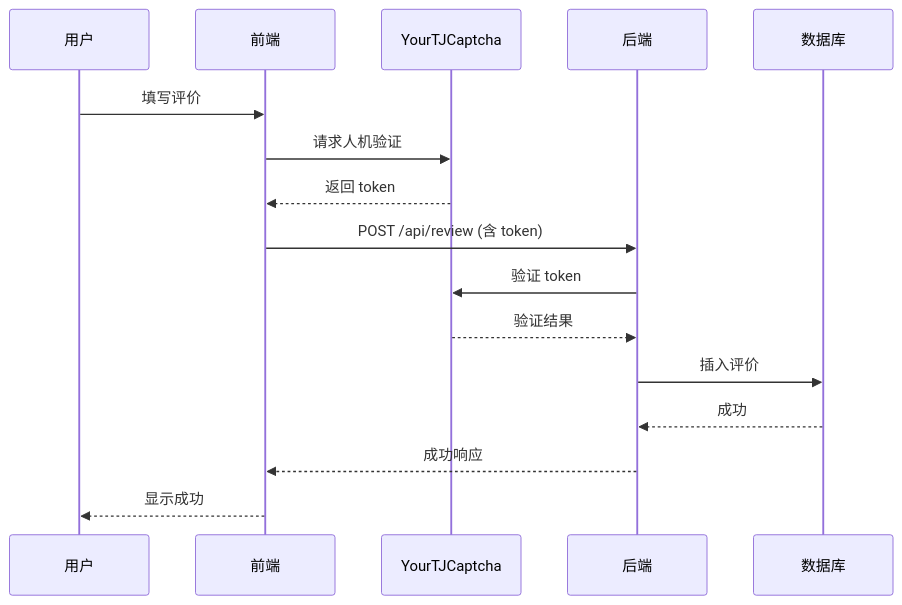
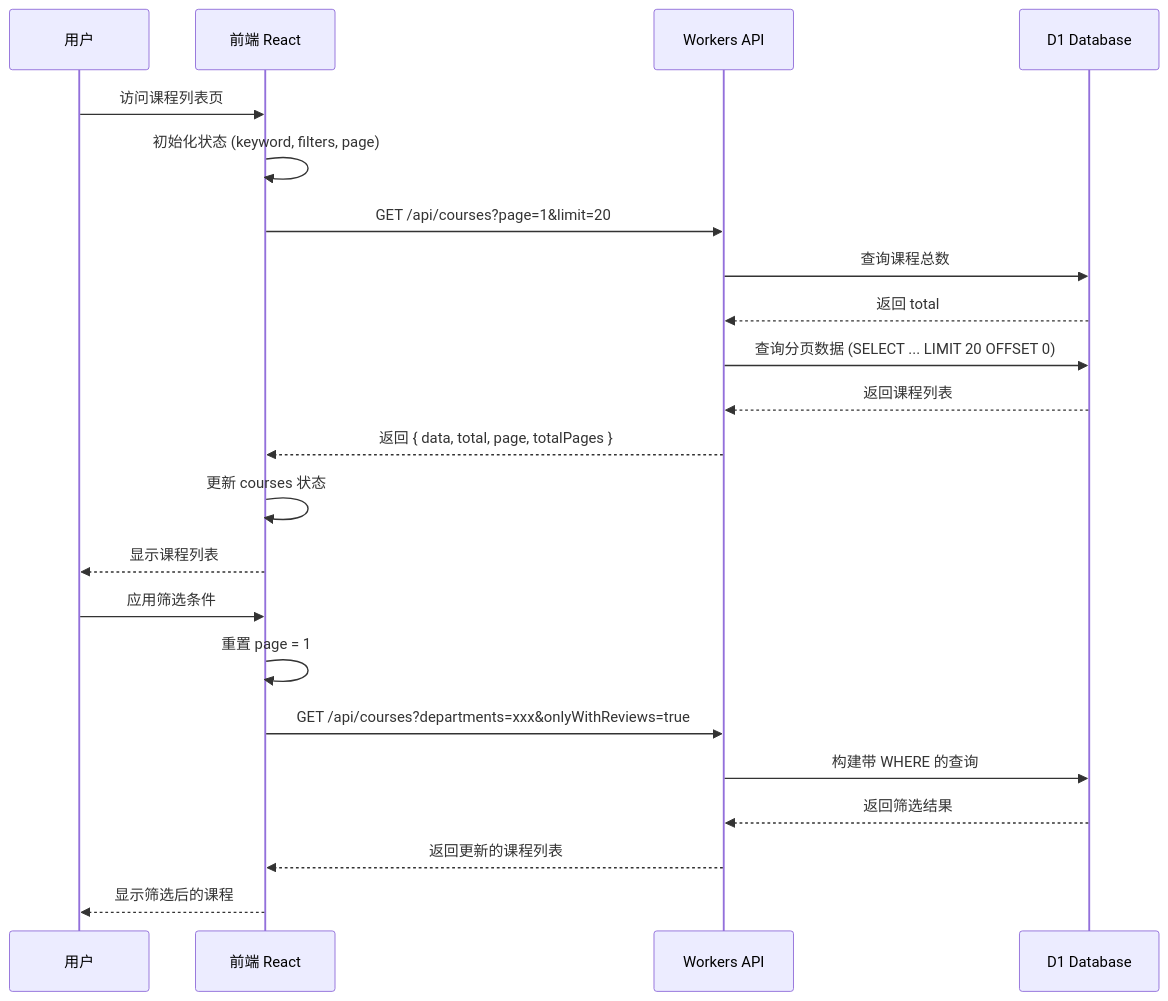
Before and after one commit to YourTongji/YourTJ-Doc: the first of 5 diagrams in development/overview.md, drawn with Mermaid. The commit also changed other lines of this file and 11 other files, not shown here.

````diff
--- a/development/overview.md
+++ b/development/overview.md
@@ -121,19 +134,26 @@
 ```mermaid
 sequenceDiagram
-    participant U as 用户
-    participant F as 前端
-    participant C as YourTJCaptcha
-    participant B as 后端
-    participant D as 数据库
+    participant User as 用户
+    participant UI as 前端 React
+    participant API as Workers API
+    participant DB as D1 Database
 
-    U->>F: 填写评价
-    F->>C: 请求人机验证
-    C-->>F: 返回 token
-    F->>B: POST /api/review (含 token)
-    B->>C: 验证 token
-    C-->>B: 验证结果
-    B->>D: 插入评价
-    D-->>B: 成功
-    B-->>F: 成功响应
-    F-->>U: 显示成功
+    User->>UI: 访问课程列表页
+    UI->>UI: 初始化状态 (keyword, filters, page)
+    UI->>API: GET /api/courses?page=1&limit=20
+    API->>DB: 查询课程总数
+    DB-->>API: 返回 total
+    API->>DB: 查询分页数据 (SELECT ... LIMIT 20 OFFSET 0)
+    DB-->>API: 返回课程列表
+    API-->>UI: 返回 { data, total, page, totalPages }
+    UI->>UI: 更新 courses 状态
+    UI-->>User: 显示课程列表
+
+    User->>UI: 应用筛选条件
+    UI->>UI: 重置 page = 1
+    UI->>API: GET /api/courses?departments=xxx&onlyWithReviews=true
+    API->>DB: 构建带 WHERE 的查询
+    DB-->>API: 返回筛选结果
+    API-->>UI: 返回更新的课程列表
+    UI-->>User: 显示筛选后的课程
 ```
````
